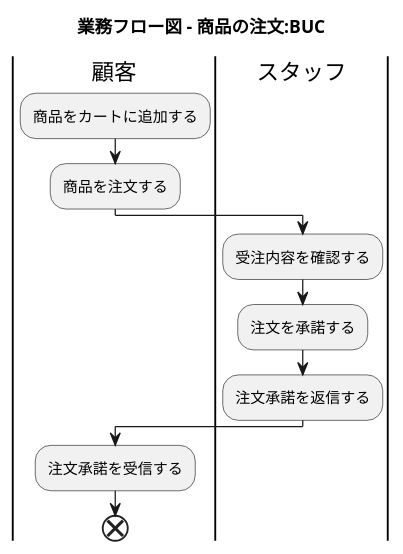
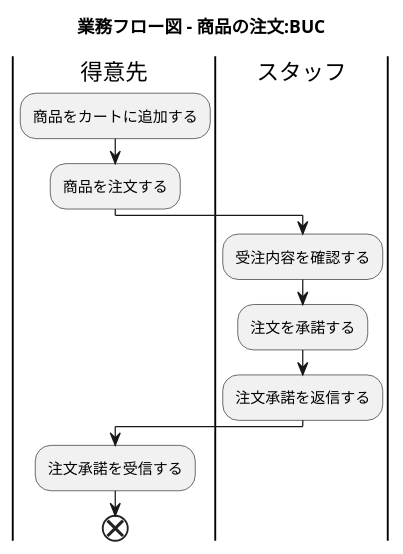
One commit to k2works/application_programing_excercise_2022 changed the ninth of 28 diagrams in docs/index.adoc. Above: the diagram before and after it, drawn with PlantUML. The commit also changed other lines of this file, not shown here.

```diff
--- a/docs/index.adoc
+++ b/docs/index.adoc
@@ -339,22 +341,22 @@
 [plantuml]
 ----
 @startuml
 
 title 業務フロー図 - 商品の注文:BUC
 
-|顧客|
+|得意先|
 :商品をカートに追加する;
 :商品を注文する;
 
 |スタッフ|
 :受注内容を確認する;
 :注文を承諾する;
 :注文承諾を返信する;
 
-|顧客|
+|得意先|
 :注文承諾を受信する;
 
 end
 
 @enduml
 ----
```
